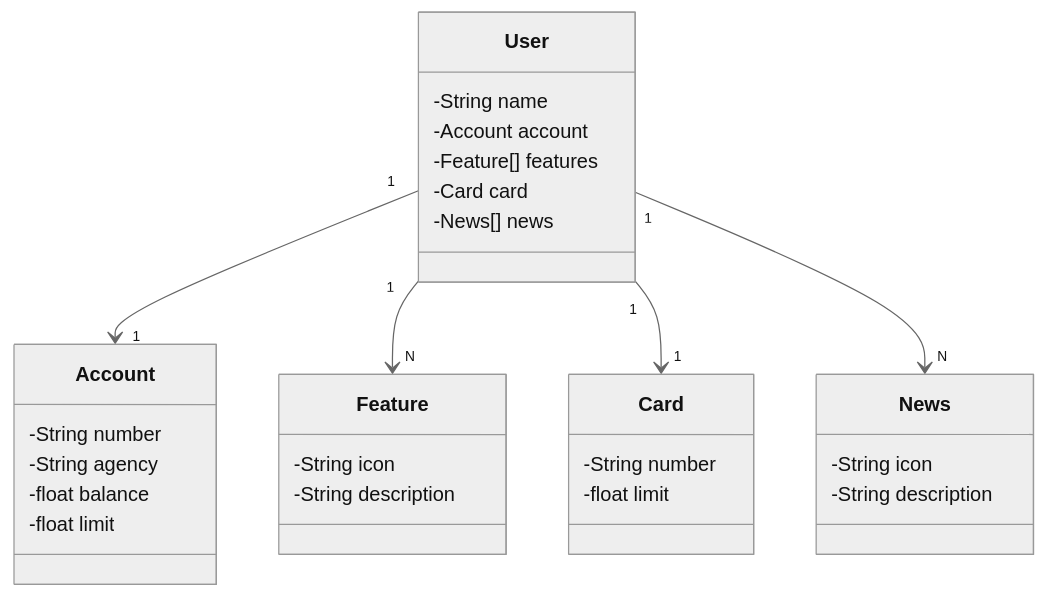
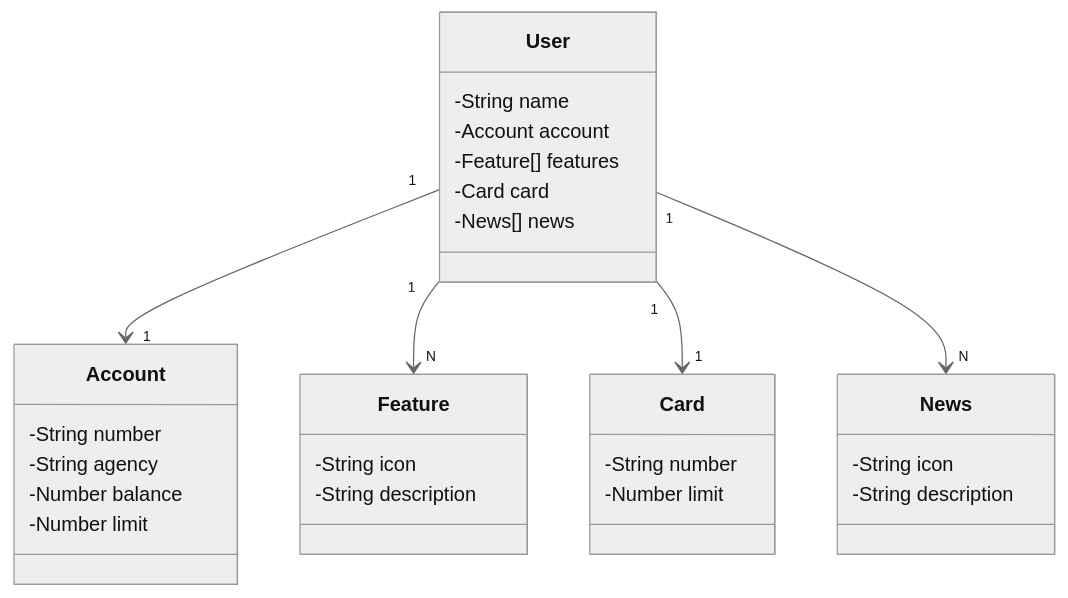
Before and after one commit to AOlindo/bootcamp-dev-santander: the diagram in README.md, drawn with Mermaid (neutral theme).

````diff
--- a/README.md
+++ b/README.md
@@ -6,37 +6,37 @@
 ```mermaid
 classDiagram
     class User {
         -String name
         -Account account
         -Feature[] features
         -Card card
         -News[] news
     }
     
     class Account {
         -String number
         -String agency
-        -float balance
-        -float limit
+        -Number balance
+        -Number limit
     }
     
     class Feature {
         -String icon
         -String description
     }
     
     class Card {
         -String number
-        -float limit
+        -Number limit
     }
     
     class News {
         -String icon
         -String description
     }
     
     User "1"-->"1" Account : 
     User "1" --> "N" Feature : 
     User "1" --> "1" Card : 
     User "1" --> "N" News : 
 ```
````
